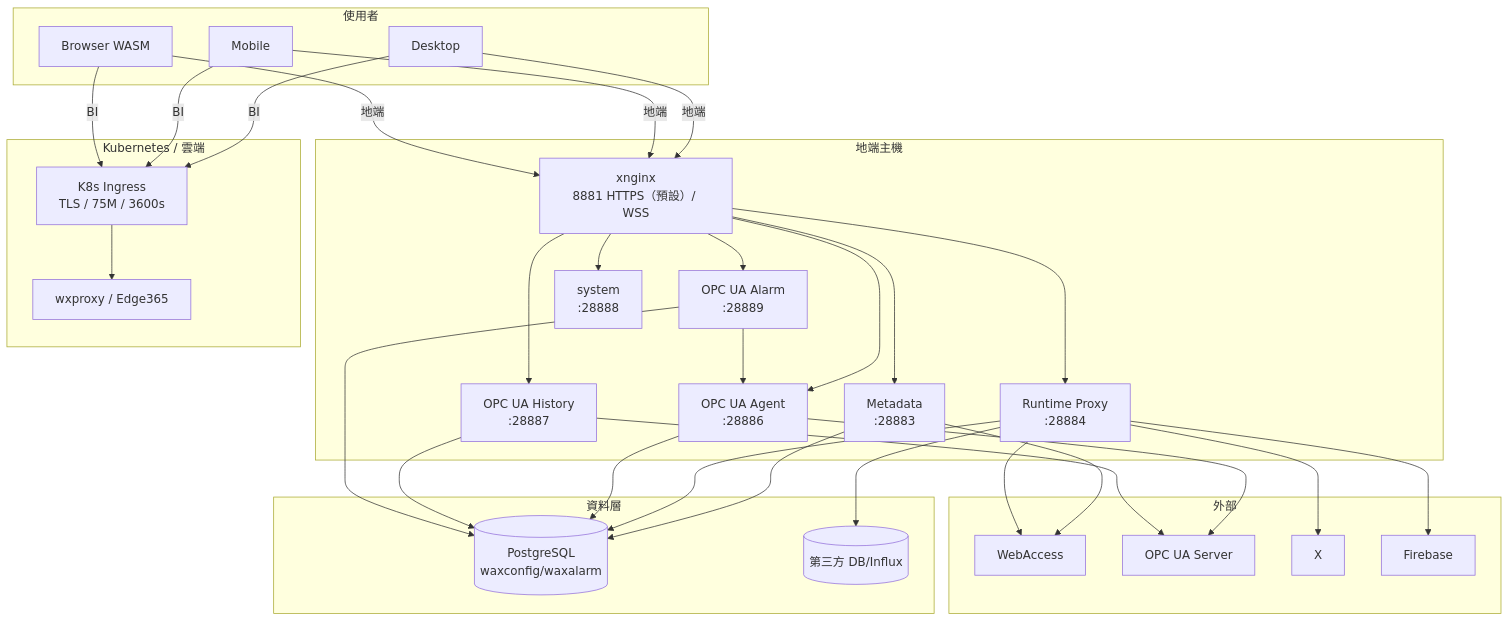
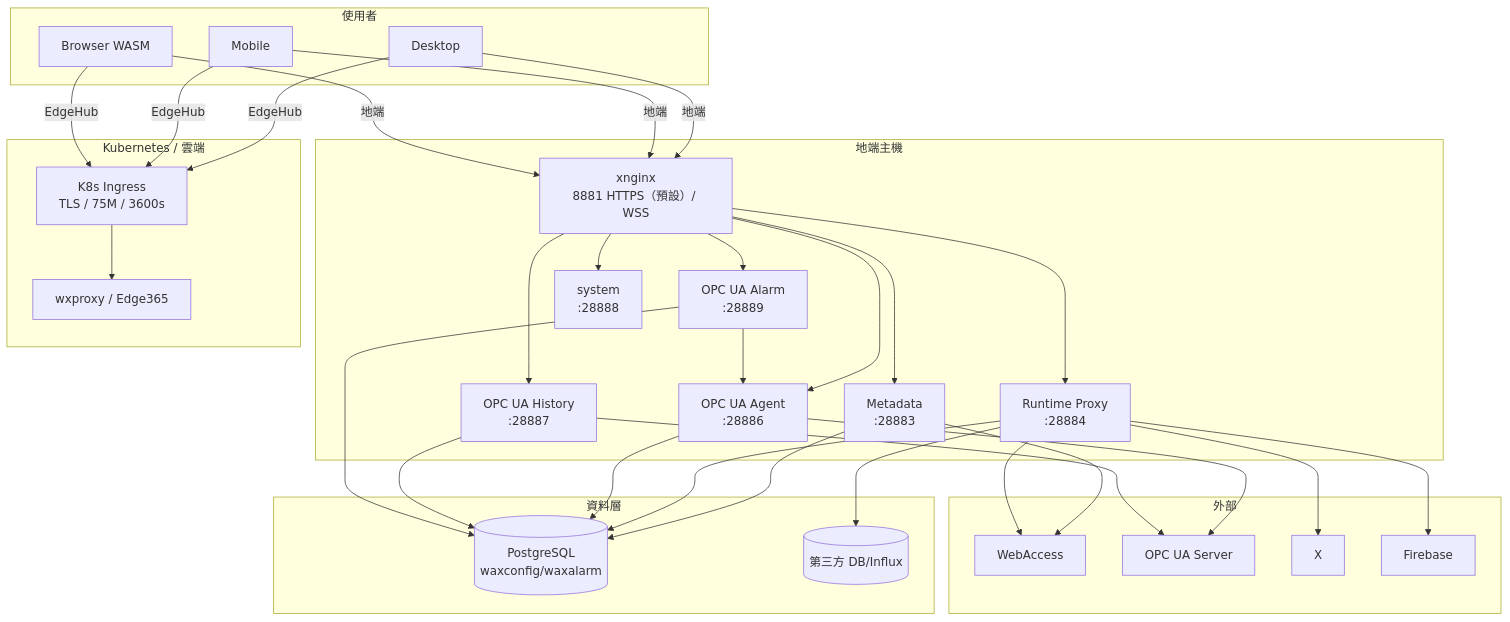
Before and after one commit to PochengChen-del/EdgeViewDoc: the first of 2 diagrams in SDS/10_Deployment_and_Operations.md, drawn with Mermaid. The commit also changed other lines of this file and 16 other files, not shown here.

Commit message:
文件中 BI 產品名更改為 EdgeHub

````diff
--- a/SDS/10_Deployment_and_Operations.md
+++ b/SDS/10_Deployment_and_Operations.md
@@ -20,57 +20,57 @@
 ```mermaid
 flowchart TB
     subgraph Client["使用者"]
         D[Desktop]
         M[Mobile]
         W[Browser WASM]
     end
     subgraph Local["地端主機"]
         NG[xnginx<br/>8881 HTTPS（預設）/ WSS]
         MD[Metadata<br/>:28883]
         PD[Runtime Proxy<br/>:28884]
         AD[OPC UA Agent<br/>:28886]
         HD[OPC UA History<br/>:28887]
         LD[OPC UA Alarm<br/>:28889]
         SYS[system<br/>:28888]
     end
     subgraph K8s["Kubernetes / 雲端"]
         ING[K8s Ingress<br/>TLS / 75M / 3600s]
         EH[wxproxy / Edge365]
     end
     subgraph Data["資料層"]
         PG[(PostgreSQL<br/>waxconfig/waxalarm)]
         EXT[(第三方 DB/Influx)]
     end
     subgraph Ext["外部"]
         WA[WebAccess]
         OPC[OPC UA Server]
         X[X]
         FCM[Firebase]
     end
     D -->|地端| NG
     M -->|地端| NG
     W -->|地端| NG
-    D -->|BI| ING
-    M -->|BI| ING
-    W -->|BI| ING
+    D -->|EdgeHub| ING
+    M -->|EdgeHub| ING
+    W -->|EdgeHub| ING
     ING --> EH
     NG --> MD
     NG --> PD
     NG --> AD
     NG --> HD
     NG --> LD
     NG --> SYS
     MD --> PG
     PD --> PG
     AD --> PG
     HD --> PG
     LD --> PG
     PD --> EXT
     MD --> WA
     PD --> WA
     PD --> X
     PD --> FCM
     AD --> OPC
     HD --> OPC
     LD --> AD
 ```
````
